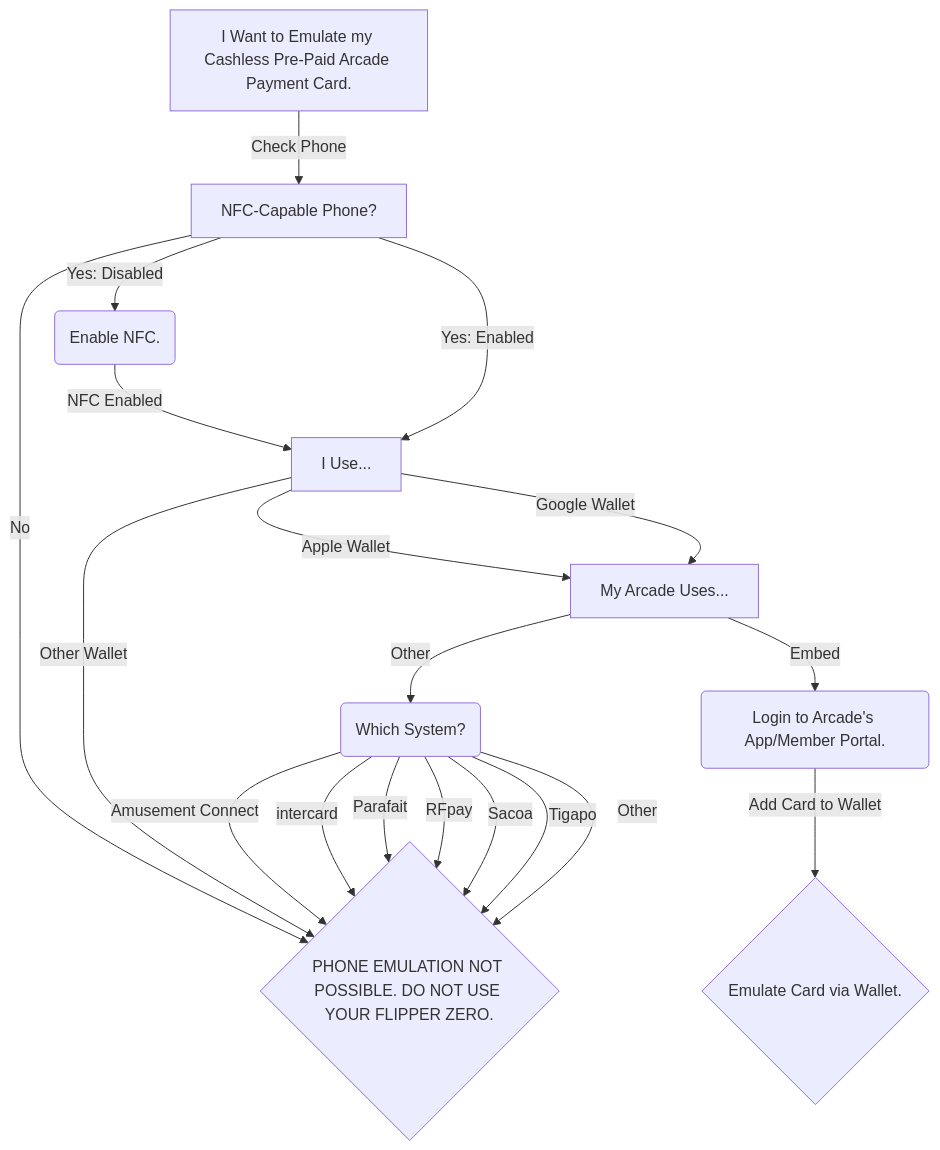
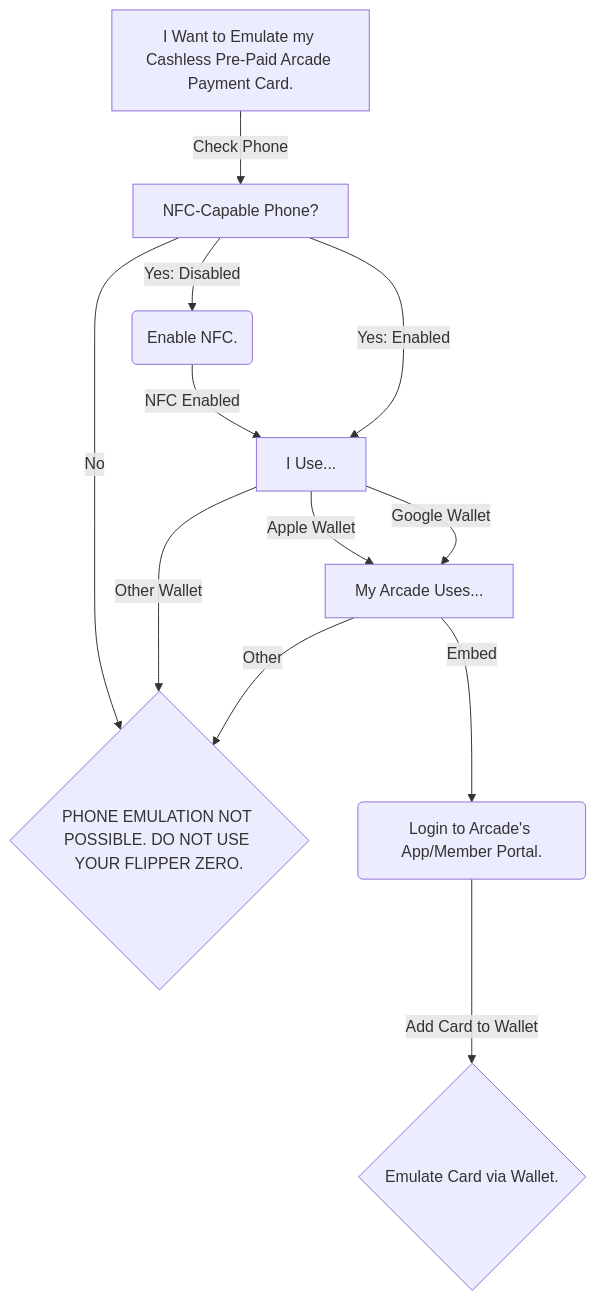
One commit to Flipper-Community/flipper-community-wiki changed the diagram in flip-wiki/docs/arcadecards.md. Above: the diagram before and after it, drawn with Mermaid. The commit also changed other lines of this file, not shown here.

Commit message:
Simplified mermaid flowchart in arcadecards.md
Per Axum's feedback:
- Removed a redundant step in the flowchart;
- Added a note that outlines the systems that do not utilise a mobile wallet.

````diff
--- a/flip-wiki/docs/arcadecards.md
+++ b/flip-wiki/docs/arcadecards.md
@@ -23,21 +23,14 @@
 ``` mermaid
 flowchart TD
     A[I Want to Emulate my Cashless Pre-Paid Arcade Payment Card.] -->|Check Phone| B[NFC-Capable Phone?]
-    B -->|No| I{PHONE EMULATION NOT POSSIBLE. DO NOT USE YOUR FLIPPER ZERO.}
+    B -->|No| H{PHONE EMULATION NOT POSSIBLE. DO NOT USE YOUR FLIPPER ZERO.}
     B -->|Yes: Disabled| D(Enable NFC.)
     D -->|NFC Enabled| C
     B -->|Yes: Enabled| C[I Use...]
     C -->|Apple Wallet| E[My Arcade Uses...]
     C -->|Google Wallet| E
-    C -->|Other Wallet| I
+    C -->|Other Wallet| H
     E -->|Embed| F(Login to Arcade's App/Member Portal.)
     F -->|Add Card to Wallet| G{Emulate Card via Wallet.}
-    E -->|Other| H(Which System?)
-    H -->|Amusement Connect| I
-    H -->|intercard| I
-    H -->|Parafait| I
-    H -->|RFpay| I
-    H -->|Sacoa| I
-    H -->|Tigapo| I
-    H -->|Other| I
+    E -->|Other| H
 ```
````
